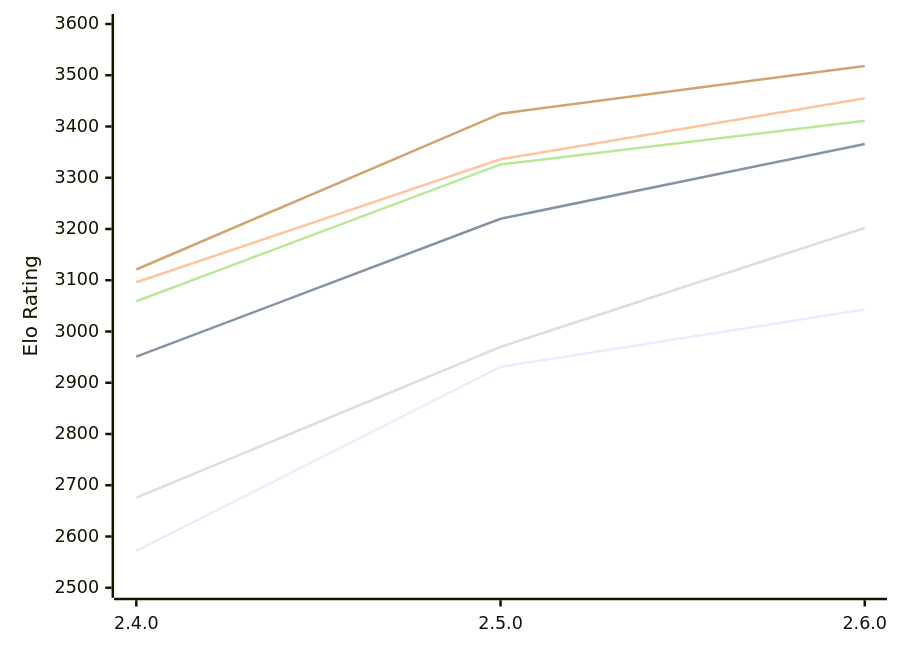
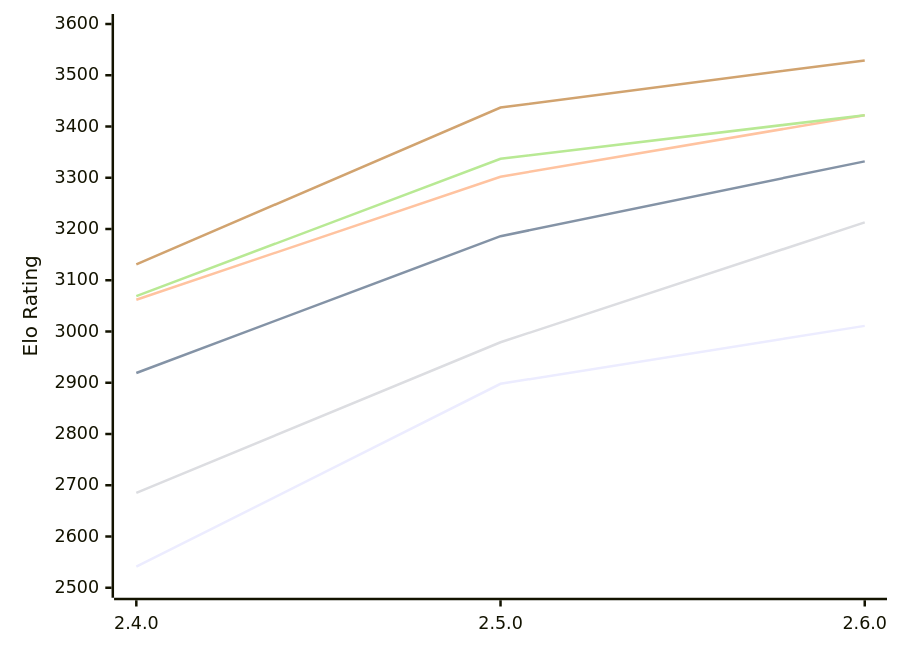
The diagram in engines/Rarog.md (computer-chess-index/cci), drawn with Mermaid before and after one commit. The commit also changed other lines of this file, not shown here.

Commit message:
Update CCI Ratings (ELO VLTC) - 2026-11-12

````diff
--- a/engines/Rarog.md
+++ b/engines/Rarog.md
@@ -51,12 +51,12 @@
 ```mermaid
 %%{init: {"theme":"base","themeVariables":{"seriesColors:['#a3a3a3','#222221','#faa371']}}}%%
 xychart-beta
   x-axis ["2.4.0", "2.5.0", "2.6.0"]
   y-axis "Elo Rating" 2500 --> 3600
-  line "E1: STC (8.0+0.08s)" [2572, 2931, 3043]
-  line "E1: LTC (60.0+0.60s)" [2951, 3220, 3366]
-  line "E1: VLTC (2m24s+1.12s)" [3096, 3336, 3455]
-  line "P1: STC (8.0+0.08s)" [2676, 2970, 3202]
-  line "P1: LTC (60.0+0.60s)" [3059, 3326, 3411]
-  line "P1: VLTC (2m24s+1.12s)" [3121, 3425, 3518]
+  line "E1: STC (8.0+0.08s)" [2541, 2898, 3011]
+  line "E1: LTC (60.0+0.60s)" [2919, 3186, 3332]
+  line "E1: VLTC (2m24s+1.12s)" [3062, 3302, 3422]
+  line "P1: STC (8.0+0.08s)" [2685, 2979, 3213]
+  line "P1: LTC (60.0+0.60s)" [3069, 3337, 3422]
+  line "P1: VLTC (2m24s+1.12s)" [3131, 3437, 3529]
 ```
````
